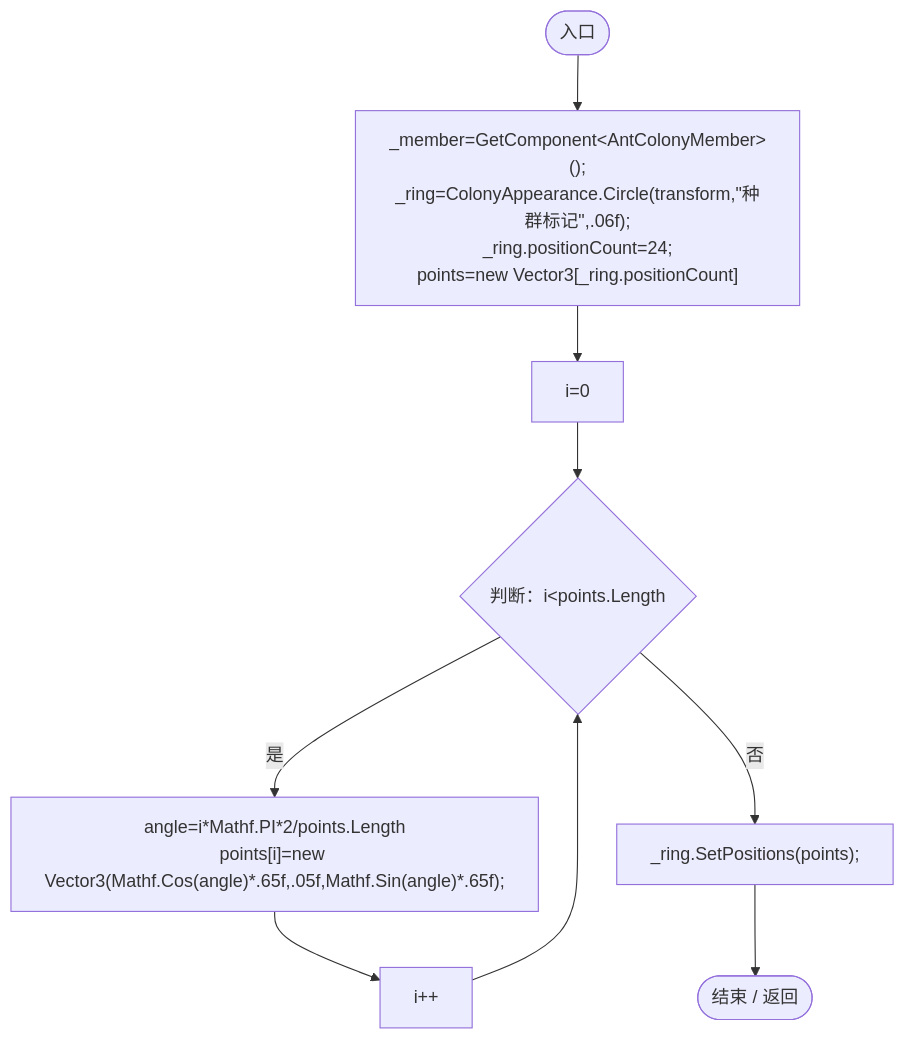
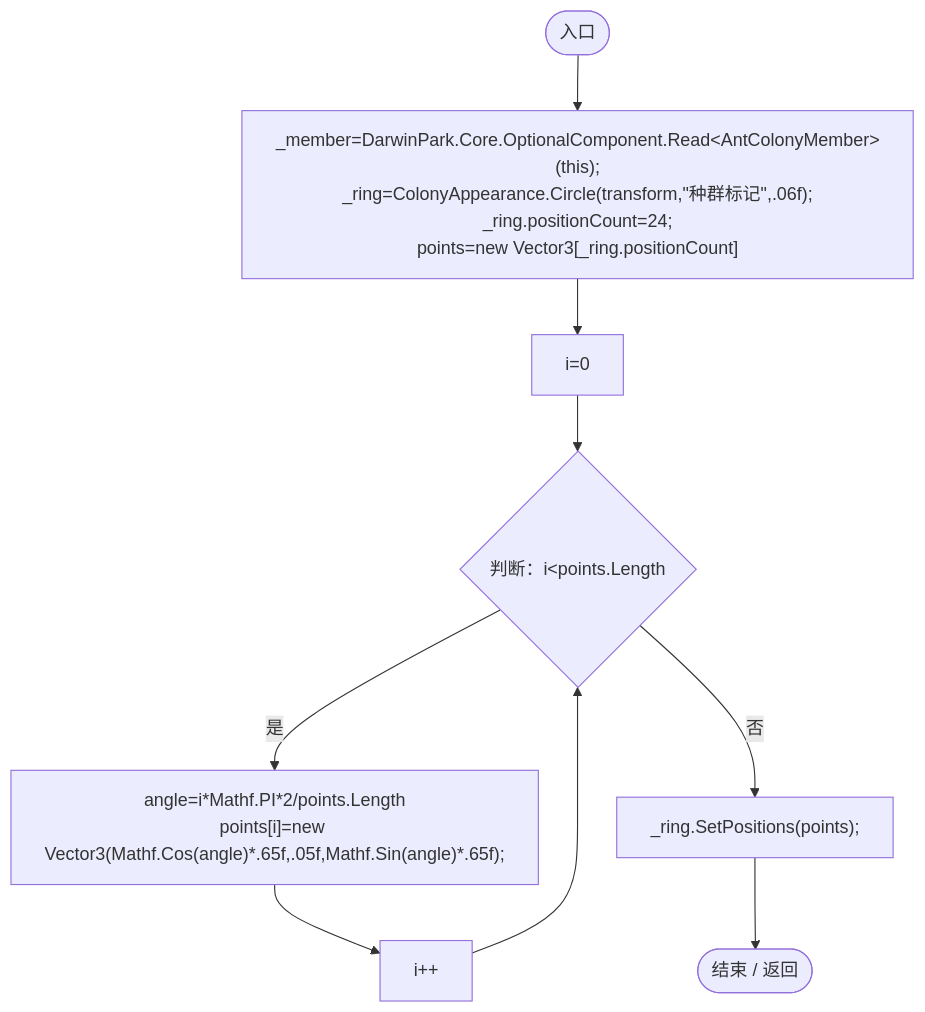
The first of 3 diagrams in Docs/运行流程图/脚本/f0491b971dcb491f.md (xhs6666/Darwin_paradise), drawn with Mermaid before and after one commit. The commit also changed other lines of this file and 297 other files, not shown here.

````diff
--- a/Docs/运行流程图/脚本/f0491b971dcb491f.md
+++ b/Docs/运行流程图/脚本/f0491b971dcb491f.md
@@ -19,20 +19,20 @@
 ```mermaid
 flowchart TD
   b0(["入口"])
-  b1["_member=GetComponent&lt;AntColonyMember&gt;();<br/>_ring=ColonyAppearance.Circle(transform,&quot;种群标记&quot;,.06f);<br/>_ring.positionCount=24;<br/>points=new Vector3[_ring.positionCount]"]
+  b1["_member=DarwinPark.Core.OptionalComponent.Read&lt;AntColonyMember&gt;(this);<br/>_ring=ColonyAppearance.Circle(transform,&quot;种群标记&quot;,.06f);<br/>_ring.positionCount=24;<br/>points=new Vector3[_ring.positionCount]"]
   b2["i=0"]
   b3{"判断：i&lt;points.Length"}
   b4["angle=i*Mathf.PI*2/points.Length<br/>points[i]=new Vector3(Mathf.Cos(angle)*.65f,.05f,Mathf.Sin(angle)*.65f);"]
   b5["i++"]
   b6["_ring.SetPositions(points);"]
   b7(["结束 / 返回"])
   b0 --> b1
   b1 --> b2
   b2 --> b3
   b3 -->|"是"| b4
   b3 -->|"否"| b6
   b4 --> b5
   b5 --> b3
   b6 --> b7
 
 ```
````
